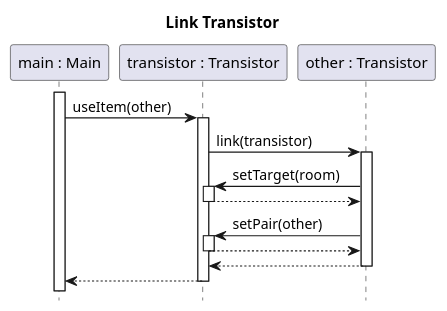
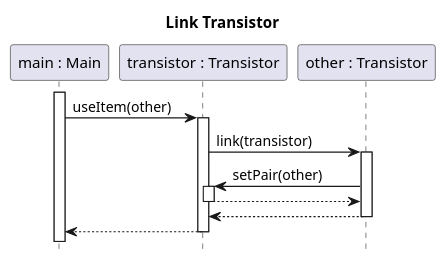
One commit to sn4k3ch4rm3r/logarlec changed the diagram in docs/diagrams/test-sequence/student-link-transistor.puml. Above: the diagram before and after it, drawn with PlantUML. The commit also changed 9 other files, not shown here.

Commit message:
Fixed mistakes in create sequences

```diff
--- a/docs/diagrams/test-sequence/student-link-transistor.puml
+++ b/docs/diagrams/test-sequence/student-link-transistor.puml
@@ -1,23 +1,21 @@
 @startuml student-link-transistor
 
 title Link Transistor
 hide footbox
 skinparam SequenceReferenceBackgroundColor white
 
 participant "main : Main" as main
 participant "transistor : Transistor" as transistor
 participant "other : Transistor" as other
 
 autoactivate on
 
 main++
 main-> transistor ++: useItem(other)
 	transistor -> other ++: link(transistor)
-		other -> transistor ++: setTarget(room)
-		return
 		other -> transistor ++: setPair(other)
 		return
 	return
 return
 
 @enduml
```
